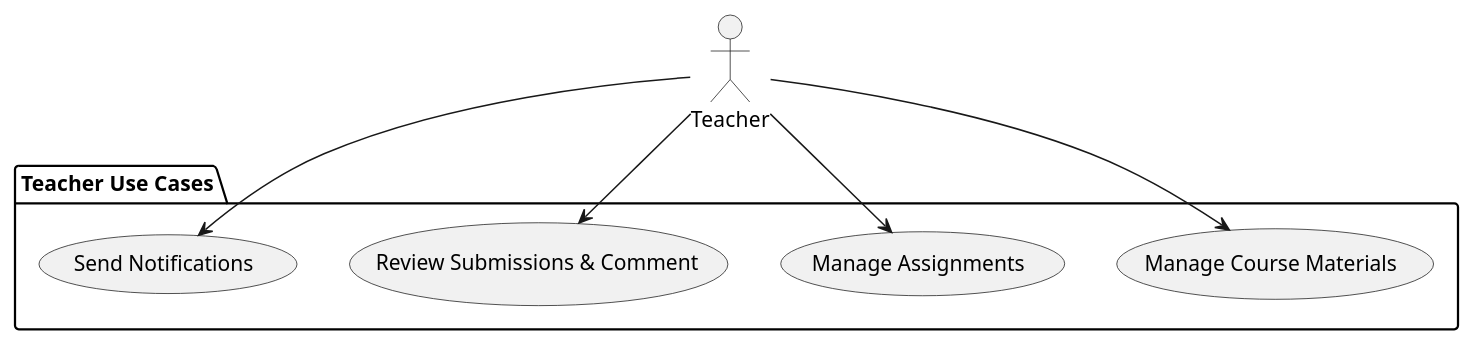
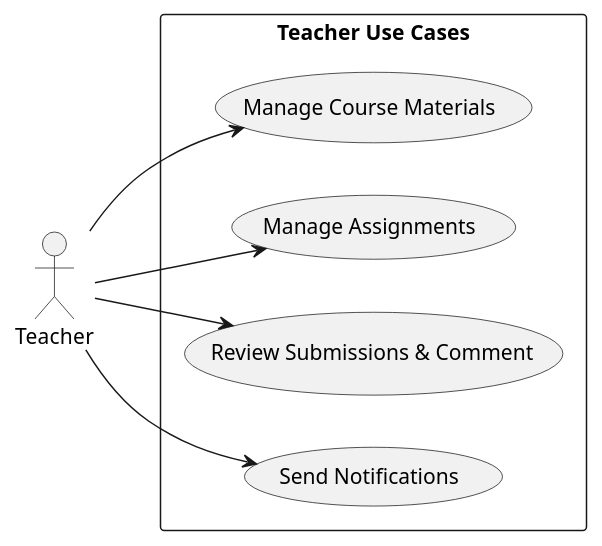
Before and after one commit to Huangphoux/uit-SE357_requirement: the diagram in docs/2. Diagrams/Use case diagram/TeacherUseCaseDiagram.pu, drawn with PlantUML. The commit also changed 30 other files, not shown here.

```diff
--- a/docs/2. Diagrams/Use case diagram/TeacherUseCaseDiagram.pu
+++ b/docs/2. Diagrams/Use case diagram/TeacherUseCaseDiagram.pu
@@ -1,20 +1,22 @@
 @startuml TeacherUseCaseDiagram
+
+left to right direction
 
 ' Define actor
 actor Teacher
 
 ' Group use cases in a box
-package "Teacher Use Cases" {
+rectangle "Teacher Use Cases" {
   usecase "Manage Course Materials" as UC8
   usecase "Manage Assignments" as UC9
   usecase "Review Submissions & Comment" as UC10
   usecase "Send Notifications" as UC11
 }
 
 ' Relationships for Teacher
 Teacher --> UC8
 Teacher --> UC9
 Teacher --> UC10
 Teacher --> UC11
 
 @enduml
```
